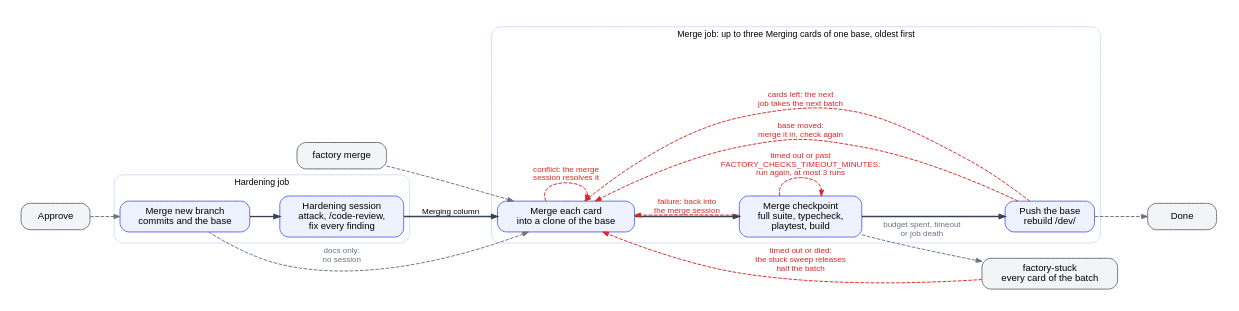
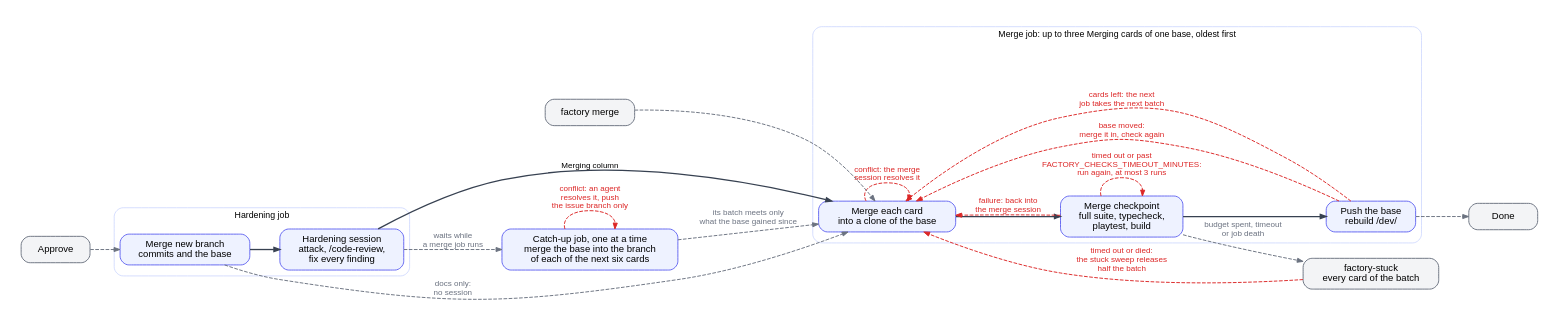
The diagram in factory/docs/diagrams/hardening.dot (btseytlin/road-machiners), drawn with Graphviz before and after one commit. The commit also changed 17 other files, not shown here.

Commit message:
While a merge job runs, a catch-up job merges the base into the branches of the next six Merging cards and pushes only those branches, and the merge job logs how its time splits

```diff
--- a/factory/docs/diagrams/hardening.dot
+++ b/factory/docs/diagrams/hardening.dot
@@ -1,35 +1,39 @@
-// Hardening and Merging columns. One hardening session reviews and fixes an approved card. The merge queue checks up to three waiting cards of a base merged together before the base takes them, and the next job takes the rest.
+// Hardening and Merging columns. One hardening session reviews and fixes an approved card. The merge queue checks up to three waiting cards of a base merged together before the base takes them, and the next job takes the rest. While a merge job runs, a catch-up job merges the base into the branches of the next waiting cards.
 // Red: loops back. Grey: leaves the column or enters from outside.
 digraph hardening {
   rankdir=LR; nodesep=0.35; ranksep=0.55; bgcolor=white; pad=0.3;
   node [shape=box, style="rounded,filled", fillcolor="#eef2ff", color="#6366f1", fontname="Helvetica", fontsize=13, margin="0.2,0.1", penwidth=1.3, width=1.3];
   edge [color="#374151", penwidth=1.8, arrowsize=0.8, fontname="Helvetica", fontsize=11];
   subgraph cluster_harden {
     label="Hardening job"; fontname="Helvetica"; fontsize=12; color="#c7d2fe"; style=rounded;
     HM [label="Merge new branch\ncommits and the base"]; HH [label="Hardening session\nattack, /code-review,\nfix every finding"];
     HM -> HH [weight=100];
   }
   subgraph cluster_merge {
     label="Merge job: up to three Merging cards of one base, oldest first"; fontname="Helvetica"; fontsize=12; color="#c7d2fe"; style=rounded;
     MM [label="Merge each card\ninto a clone of the base"]; MC [label="Merge checkpoint\nfull suite, typecheck,\nplaytest, build"]; MP [label="Push the base\nrebuild /dev/"];
     MM -> MC -> MP [weight=100];
   }
   HH -> MM [label="Merging column"];
+  CU [label="Catch-up job, one at a time\nmerge the base into the branch\nof each of the next six cards"];
   XA [label="Approve", fillcolor="#f3f4f6", color="#6b7280"];
   XO [label="factory merge", fillcolor="#f3f4f6", color="#6b7280"];
   XS [label="factory-stuck\nevery card of the batch", fillcolor="#f3f4f6", color="#6b7280"];
   XN [label="Done", fillcolor="#f3f4f6", color="#6b7280"];
   edge [color="#dc2626", fontcolor="#dc2626", style=dashed, penwidth=1.3];
   MM -> MM [label="conflict: the merge\nsession resolves it"];
   MC -> MM [label="failure: back into\nthe merge session"];
   MC -> MC [label="timed out or past\nFACTORY_CHECKS_TIMEOUT_MINUTES:\nrun again, at most 3 runs"];
   MP -> MM [label="base moved:\nmerge it in, check again"];
   XS -> MM [label="timed out or died:\nthe stuck sweep releases\nhalf the batch"];
   MP -> MM [label="cards left: the next\njob takes the next batch"];
+  CU -> CU [label="conflict: an agent\nresolves it, push\nthe issue branch only"];
   edge [color="#6b7280", fontcolor="#6b7280"];
   XA -> HM;
   HM -> MM [label="docs only:\nno session"];
   XO -> MM;
   MC -> XS [label="budget spent, timeout\nor job death"];
   MP -> XN;
+  HH -> CU [label="waits while\na merge job runs"];
+  CU -> MM [label="its batch meets only\nwhat the base gained since"];
 }
```
